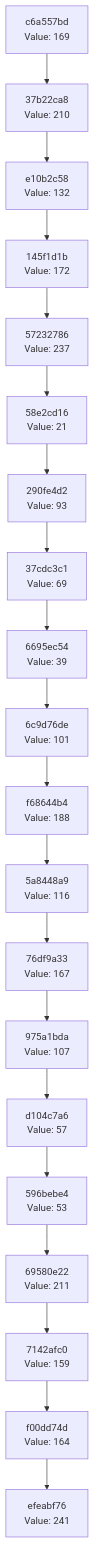
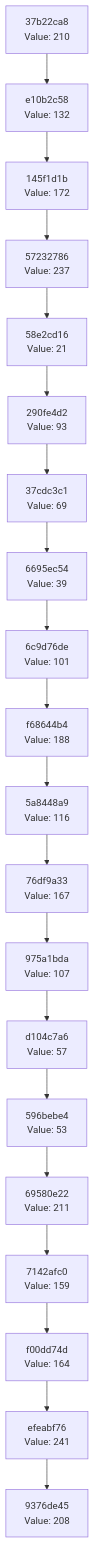
The diagram in docs/CHAIN_VISUALIZATION.md (Abhisheksinha1506/hash-chain-evolver), drawn with Mermaid before and after one commit. The commit also changed 3 other files, not shown here.

````diff
--- a/docs/CHAIN_VISUALIZATION.md
+++ b/docs/CHAIN_VISUALIZATION.md
@@ -3,42 +3,42 @@
 ```mermaid
 graph TD
-    C0["efeabf76<br/>Value: 241"]
-    C1["f00dd74d<br/>Value: 164"]
+    C0["9376de45<br/>Value: 208"]
+    C1["efeabf76<br/>Value: 241"]
     C1 --> C0
-    C2["7142afc0<br/>Value: 159"]
+    C2["f00dd74d<br/>Value: 164"]
     C2 --> C1
-    C3["69580e22<br/>Value: 211"]
+    C3["7142afc0<br/>Value: 159"]
     C3 --> C2
-    C4["596bebe4<br/>Value: 53"]
+    C4["69580e22<br/>Value: 211"]
     C4 --> C3
-    C5["d104c7a6<br/>Value: 57"]
+    C5["596bebe4<br/>Value: 53"]
     C5 --> C4
-    C6["975a1bda<br/>Value: 107"]
+    C6["d104c7a6<br/>Value: 57"]
     C6 --> C5
-    C7["76df9a33<br/>Value: 167"]
+    C7["975a1bda<br/>Value: 107"]
     C7 --> C6
-    C8["5a8448a9<br/>Value: 116"]
+    C8["76df9a33<br/>Value: 167"]
     C8 --> C7
-    C9["f68644b4<br/>Value: 188"]
+    C9["5a8448a9<br/>Value: 116"]
     C9 --> C8
-    C10["6c9d76de<br/>Value: 101"]
+    C10["f68644b4<br/>Value: 188"]
     C10 --> C9
-    C11["6695ec54<br/>Value: 39"]
+    C11["6c9d76de<br/>Value: 101"]
     C11 --> C10
-    C12["37cdc3c1<br/>Value: 69"]
+    C12["6695ec54<br/>Value: 39"]
     C12 --> C11
-    C13["290fe4d2<br/>Value: 93"]
+    C13["37cdc3c1<br/>Value: 69"]
     C13 --> C12
-    C14["58e2cd16<br/>Value: 21"]
+    C14["290fe4d2<br/>Value: 93"]
     C14 --> C13
-    C15["57232786<br/>Value: 237"]
+    C15["58e2cd16<br/>Value: 21"]
     C15 --> C14
-    C16["145f1d1b<br/>Value: 172"]
+    C16["57232786<br/>Value: 237"]
     C16 --> C15
-    C17["e10b2c58<br/>Value: 132"]
+    C17["145f1d1b<br/>Value: 172"]
     C17 --> C16
-    C18["37b22ca8<br/>Value: 210"]
+    C18["e10b2c58<br/>Value: 132"]
     C18 --> C17
-    C19["c6a557bd<br/>Value: 169"]
+    C19["37b22ca8<br/>Value: 210"]
     C19 --> C18
 ```
````
